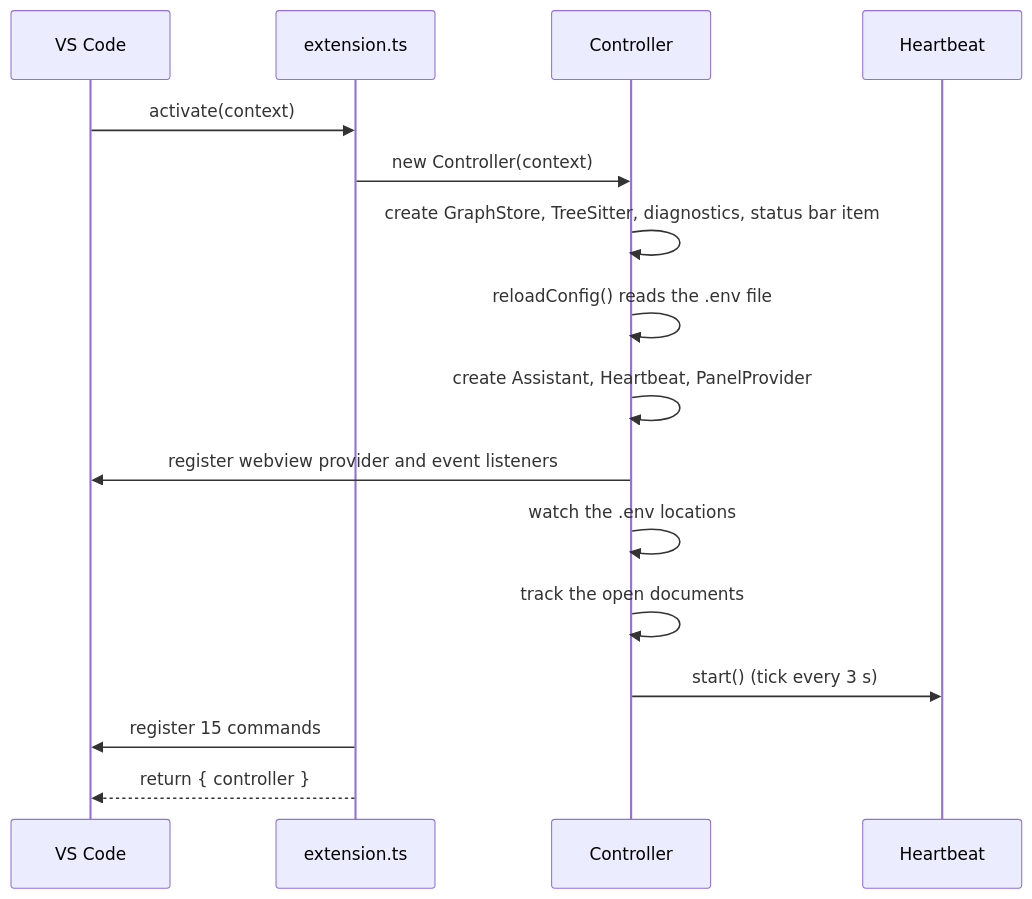
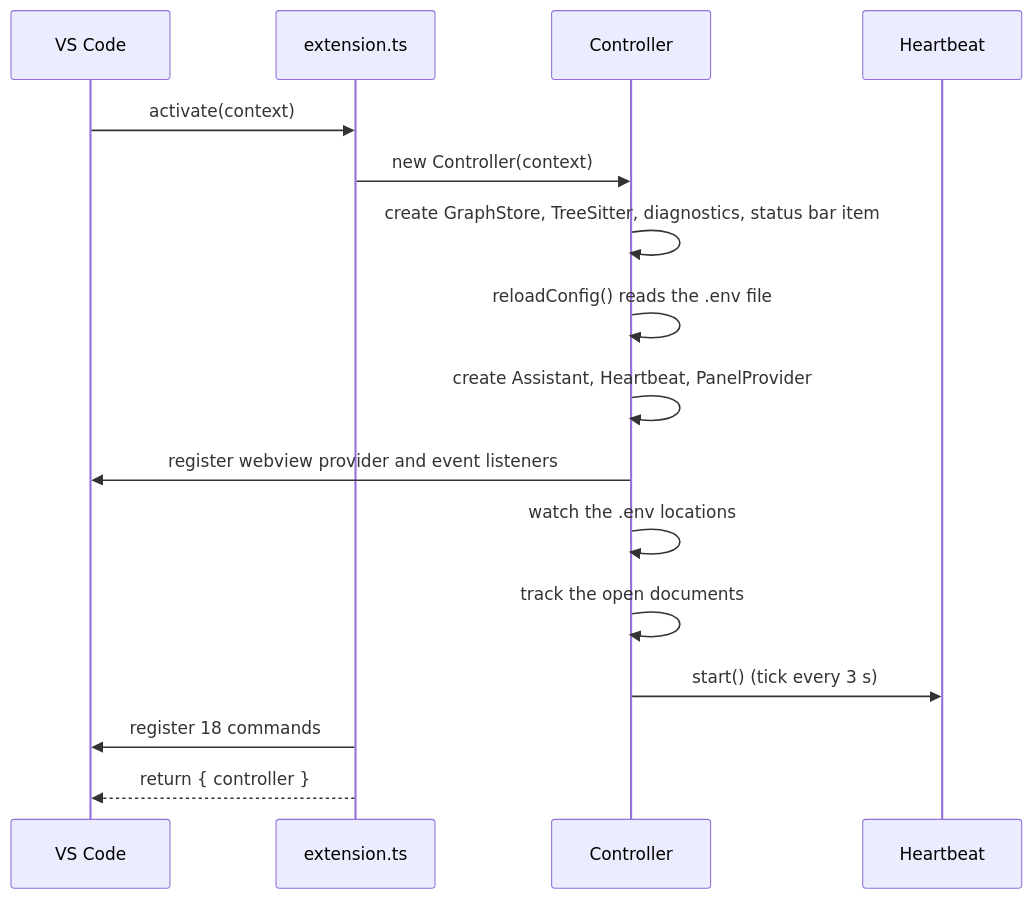
One commit to ErrDivine/Assistive changed the second of 5 diagrams in docs/06-architecture.md. Above: the diagram before and after it, drawn with Mermaid. The commit also changed 5 other files, not shown here.

````diff
--- a/docs/06-architecture.md
+++ b/docs/06-architecture.md
@@ -98,18 +98,18 @@
 ```mermaid
 sequenceDiagram
     participant VS as VS Code
     participant E as extension.ts
     participant C as Controller
     participant H as Heartbeat
     VS->>E: activate(context)
     E->>C: new Controller(context)
     C->>C: create GraphStore, TreeSitter, diagnostics, status bar item
     C->>C: reloadConfig() reads the .env file
     C->>C: create Assistant, Heartbeat, PanelProvider
     C->>VS: register webview provider and event listeners
     C->>C: watch the .env locations
     C->>C: track the open documents
     C->>H: start() (tick every 3 s)
-    E->>VS: register 15 commands
+    E->>VS: register 18 commands
     E-->>VS: return { controller }
 ```
````
